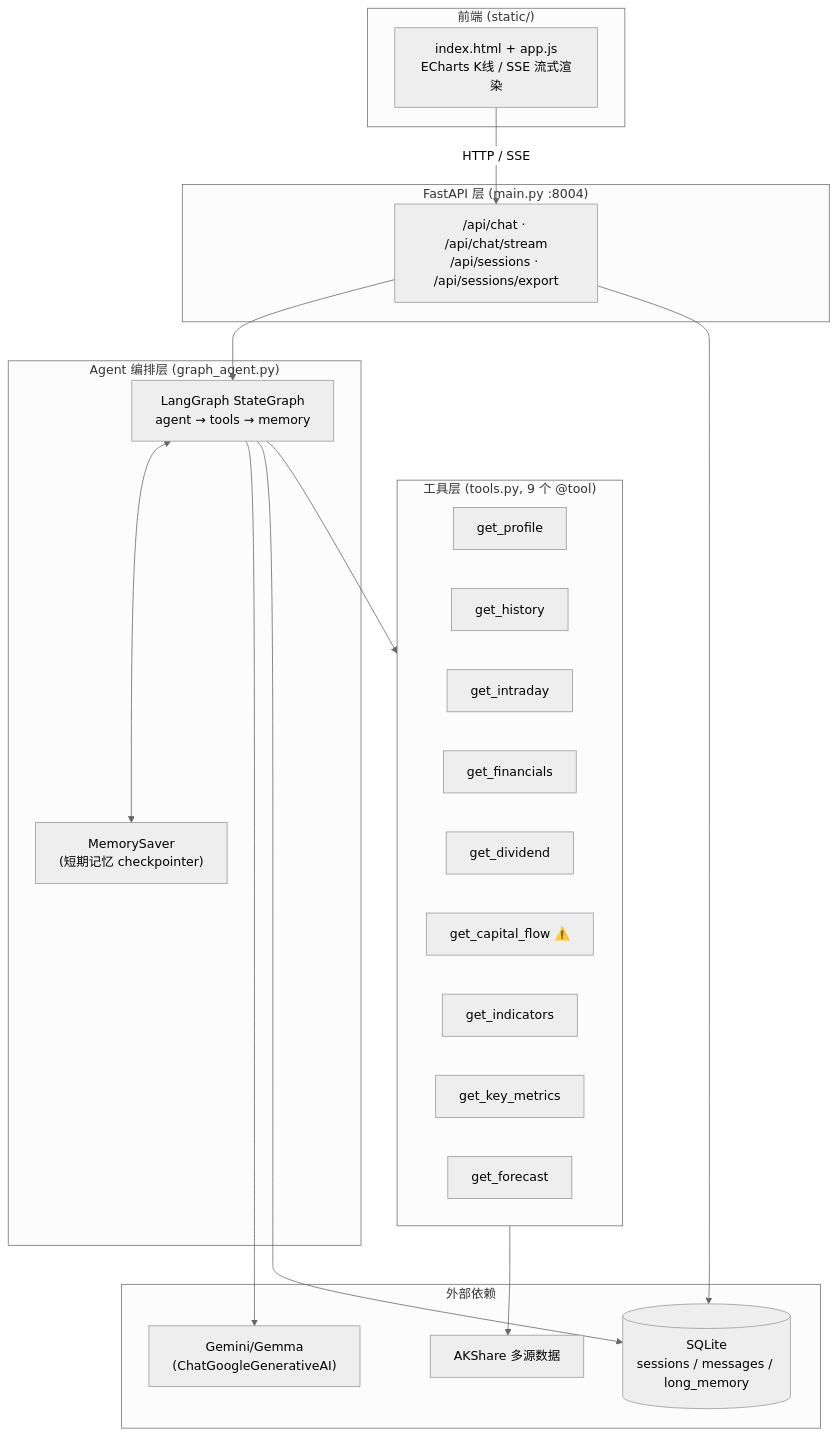
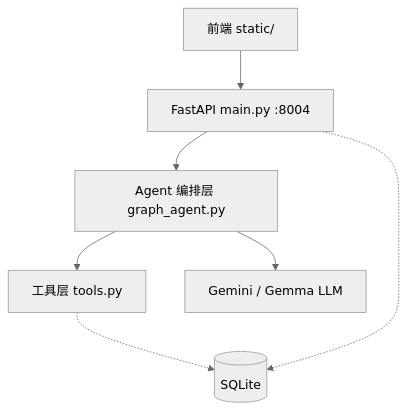
Before and after one commit to StarterMonk/stock-info-agent: the first of 2 diagrams in 2026-07-12-v6/README.md, drawn with Mermaid (neutral theme). The commit also changed other lines of this file and 1 other file, not shown here.

````diff
--- a/2026-07-12-v6/README.md
+++ b/2026-07-12-v6/README.md
@@ -11,36 +55,16 @@
 ```mermaid
-flowchart TB
-    subgraph FE["前端 (static/)"]
-        UI["index.html + app.js<br/>ECharts K线 / SSE 流式渲染"]
-    end
+graph TD
+    FE["前端 static/"]
+    API["FastAPI main.py :8004"]
+    AGENT["Agent 编排层 graph_agent.py"]
+    TOOLS["工具层 tools.py"]
+    LLM["Gemini / Gemma LLM"]
+    DB[("SQLite")]
 
-    subgraph API["FastAPI 层 (main.py :8004)"]
-        ROUTES["/api/chat · /api/chat/stream<br/>/api/sessions · /api/sessions/export"]
-    end
-
-    subgraph AGENT["Agent 编排层 (graph_agent.py)"]
-        GRAPH["LangGraph StateGraph<br/>agent → tools → memory"]
-        MEM["MemorySaver<br/>(短期记忆 checkpointer)"]
-    end
-
-    subgraph TOOLS["工具层 (tools.py, 9 个 @tool)"]
-        T1["get_profile"] & T2["get_history"] & T3["get_intraday"]
-        T4["get_financials"] & T5["get_dividend"] & T6["get_capital_flow ⚠️"]
-        T7["get_indicators"] & T8["get_key_metrics"] & T9["get_forecast"]
-    end
-
-    subgraph EXT["外部依赖"]
-        LLM["Gemini/Gemma<br/>(ChatGoogleGenerativeAI)"]
-        AK["AKShare 多源数据"]
-        DB[("SQLite<br/>sessions / messages / long_memory")]
-    end
-
-    UI -- "HTTP / SSE" --> ROUTES
-    ROUTES --> GRAPH
-    GRAPH <--> MEM
-    GRAPH --> LLM
-    GRAPH --> TOOLS
-    TOOLS --> AK
-    ROUTES --> DB
-    GRAPH --> DB
+    FE --> API
+    API --> AGENT
+    AGENT --> LLM
+    AGENT --> TOOLS
+    TOOLS -.-> DB
+    API -.-> DB
 ```
````
